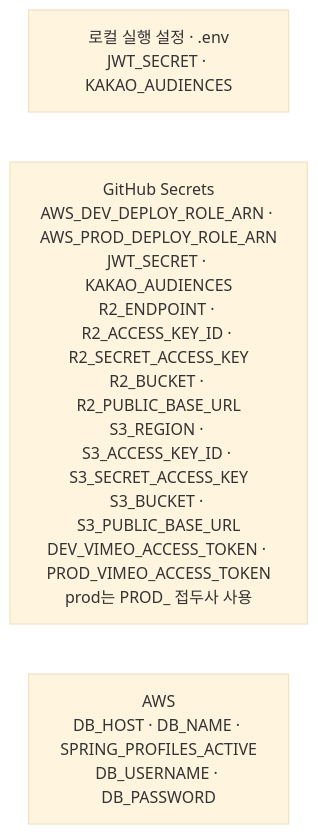
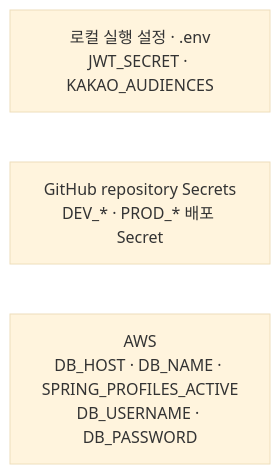
Before and after one commit to DaeSaBu/meongcoach-BE: the diagram in docs/ci-cd.md, drawn with Mermaid (base theme). The commit also changed other lines of this file and 2 other files, not shown here.

Commit message:
chore(ci): 배포 시크릿 환경 접두사 분리

````diff
--- a/docs/ci-cd.md
+++ b/docs/ci-cd.md
@@ -47,6 +47,6 @@
 ```mermaid
 flowchart LR
     Local["로컬 실행 설정 · .env<br/>JWT_SECRET · KAKAO_AUDIENCES"]
-    GitHub["GitHub Secrets<br/>AWS_DEV_DEPLOY_ROLE_ARN · AWS_PROD_DEPLOY_ROLE_ARN<br/>JWT_SECRET · KAKAO_AUDIENCES<br/>R2_ENDPOINT · R2_ACCESS_KEY_ID · R2_SECRET_ACCESS_KEY<br/>R2_BUCKET · R2_PUBLIC_BASE_URL<br/>S3_REGION · S3_ACCESS_KEY_ID · S3_SECRET_ACCESS_KEY<br/>S3_BUCKET · S3_PUBLIC_BASE_URL<br/>DEV_VIMEO_ACCESS_TOKEN · PROD_VIMEO_ACCESS_TOKEN<br/>prod는 PROD_ 접두사 사용"]
+    GitHub["GitHub repository Secrets<br/>DEV_* · PROD_* 배포 Secret"]
     AWS["AWS<br/>DB_HOST · DB_NAME · SPRING_PROFILES_ACTIVE<br/>DB_USERNAME · DB_PASSWORD"]
 ```
````
